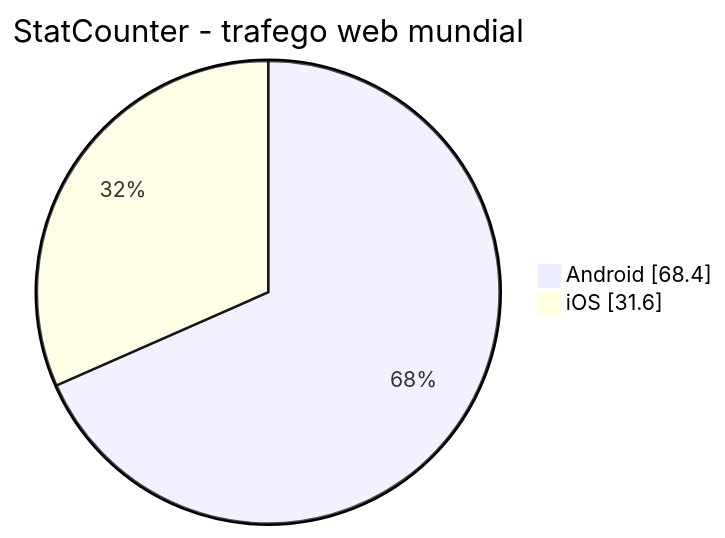
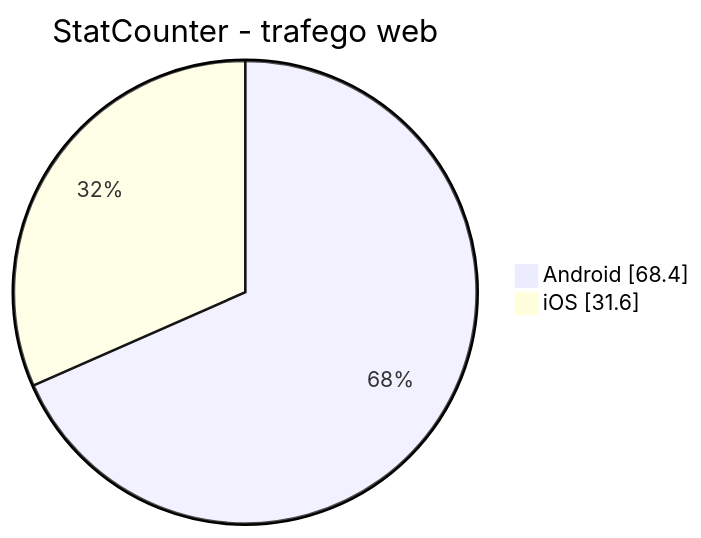
Before and after one commit to renanalencar/ads025-desenvolvimento-mobile: the first of 8 diagrams in aula-01-introducao-desenvolvimento-mobile/presentation.md, drawn with Mermaid. The commit also changed other lines of this file and 16 other files, not shown here.

````diff
--- a/aula-01-introducao-desenvolvimento-mobile/presentation.md
+++ b/aula-01-introducao-desenvolvimento-mobile/presentation.md
@@ -108,5 +119,5 @@
 ```mermaid
-pie showData title StatCounter - trafego web mundial
+pie showData title StatCounter - trafego web
     "Android" : 68.4
     "iOS" : 31.6
 ```
````
